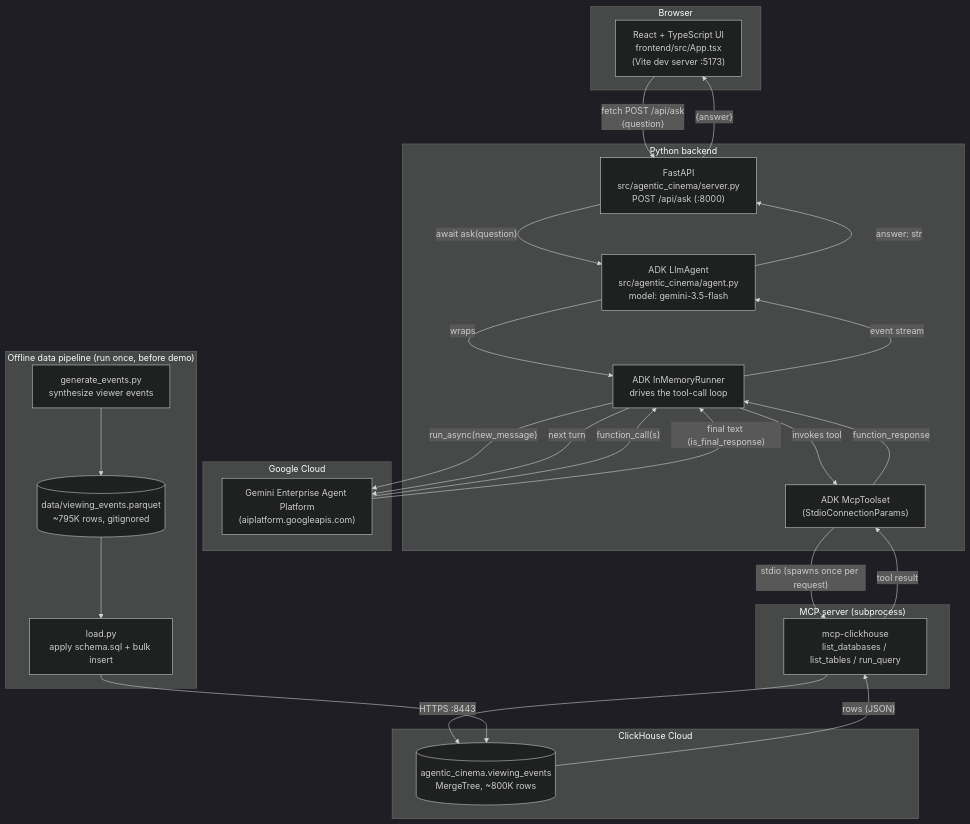
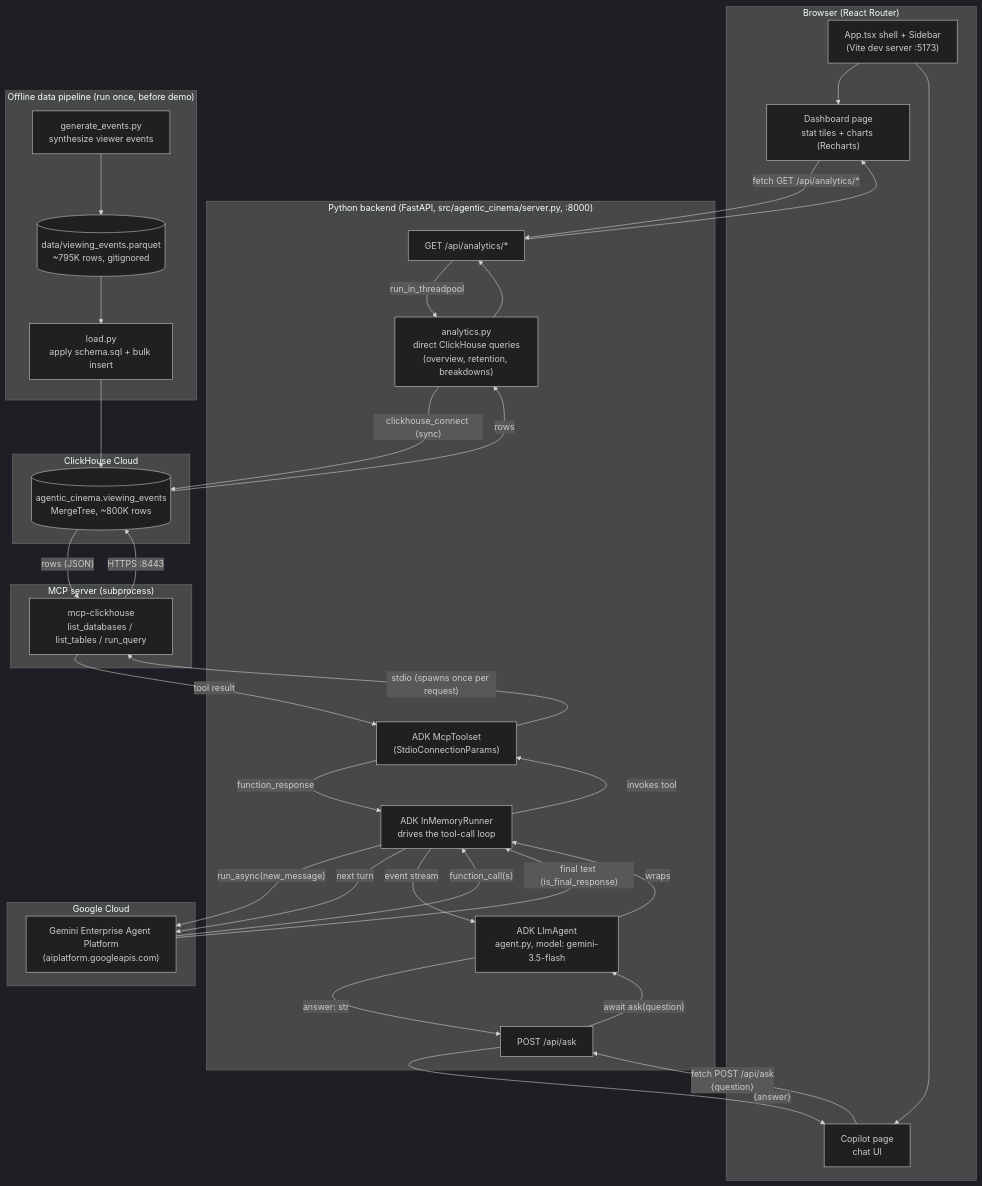
One commit to abhinavpy/agentic-cinema-clickhouse changed the diagram in architecture.md. Above: the diagram before and after it, drawn with Mermaid (dark theme). The commit also changed other lines of this file and 22 other files, not shown here.

First line of the commit message:
Add analytics dashboard: stat tiles, real charts, sidebar navigation

````diff
--- a/architecture.md
+++ b/architecture.md
@@ -10,49 +14,60 @@
 ```mermaid
 flowchart TB
-    subgraph client["Browser"]
-        UI["React + TypeScript UI<br/>frontend/src/App.tsx<br/>(Vite dev server :5173)"]
+    subgraph client["Browser (React Router)"]
+        Shell["App.tsx shell + Sidebar<br/>(Vite dev server :5173)"]
+        Dash["Dashboard page<br/>stat tiles + charts (Recharts)"]
+        Copilot["Copilot page<br/>chat UI"]
+        Shell --> Dash
+        Shell --> Copilot
     end
 
-    subgraph backend["Python backend"]
-        API["FastAPI<br/>src/agentic_cinema/server.py<br/>POST /api/ask (:8000)"]
-        Agent["ADK LlmAgent<br/>src/agentic_cinema/agent.py<br/>model: gemini-3.5-flash"]
+    subgraph backend["Python backend (FastAPI, src/agentic_cinema/server.py, :8000)"]
+        AnalyticsEP["GET /api/analytics/*"]
+        AskEP["POST /api/ask"]
+        Analytics["analytics.py<br/>direct ClickHouse queries<br/>(overview, retention, breakdowns)"]
+        Agent["ADK LlmAgent<br/>agent.py, model: gemini-3.5-flash"]
         Runner["ADK InMemoryRunner<br/>drives the tool-call loop"]
         Toolset["ADK McpToolset<br/>(StdioConnectionParams)"]
     end
 
     subgraph mcp["MCP server (subprocess)"]
         CHMCP["mcp-clickhouse<br/>list_databases / list_tables / run_query"]
     end
 
     subgraph cloud["Google Cloud"]
         Gemini["Gemini Enterprise Agent Platform<br/>(aiplatform.googleapis.com)"]
     end
 
     subgraph ch["ClickHouse Cloud"]
         Table[("agentic_cinema.viewing_events<br/>MergeTree, ~800K rows")]
     end
 
-    UI -- "fetch POST /api/ask<br/>{question}" --> API
-    API -- "await ask(question)" --> Agent
+    Dash -- "fetch GET /api/analytics/*" --> AnalyticsEP
+    AnalyticsEP -- "run_in_threadpool" --> Analytics
+    Analytics -- "clickhouse_connect (sync)" --> Table
+    Table -- "rows" --> Analytics --> AnalyticsEP --> Dash
+
+    Copilot -- "fetch POST /api/ask<br/>{question}" --> AskEP
+    AskEP -- "await ask(question)" --> Agent
     Agent -- "wraps" --> Runner
     Runner -- "run_async(new_message)" --> Gemini
     Gemini -- "function_call(s)" --> Runner
     Runner -- "invokes tool" --> Toolset
     Toolset -- "stdio (spawns once per request)" --> CHMCP
     CHMCP -- "HTTPS :8443" --> Table
     Table -- "rows (JSON)" --> CHMCP
     CHMCP -- "tool result" --> Toolset
     Toolset -- "function_response" --> Runner
     Runner -- "next turn" --> Gemini
     Gemini -- "final text (is_final_response)" --> Runner
     Runner -- "event stream" --> Agent
-    Agent -- "answer: str" --> API
-    API -- "{answer}" --> UI
+    Agent -- "answer: str" --> AskEP
+    AskEP -- "{answer}" --> Copilot
 
     subgraph offline["Offline data pipeline (run once, before demo)"]
         Gen["generate_events.py<br/>synthesize viewer events"]
         Parquet[("data/viewing_events.parquet<br/>~795K rows, gitignored")]
         Load["load.py<br/>apply schema.sql + bulk insert"]
     end
     Gen --> Parquet --> Load --> Table
 ```
````
